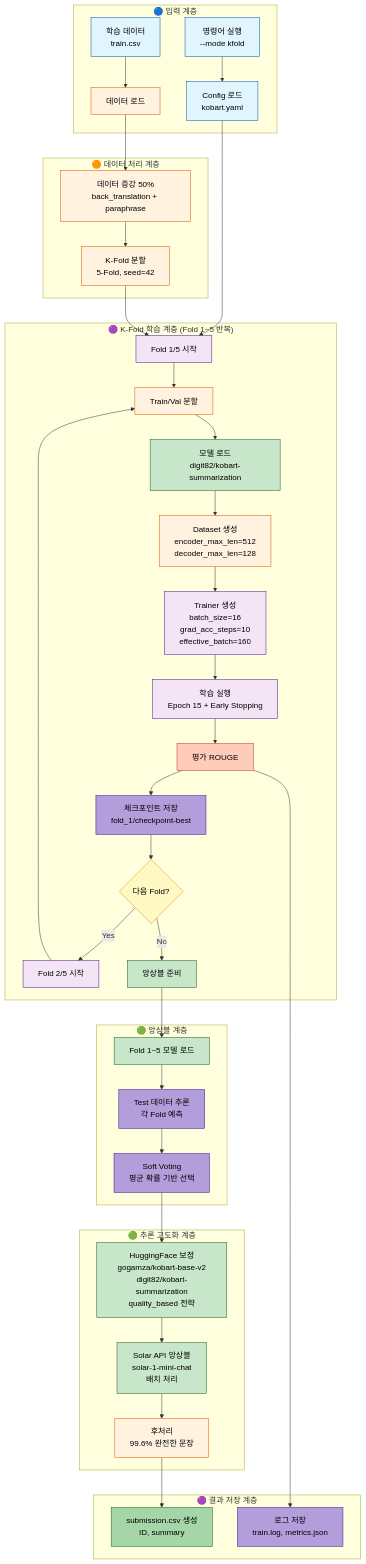
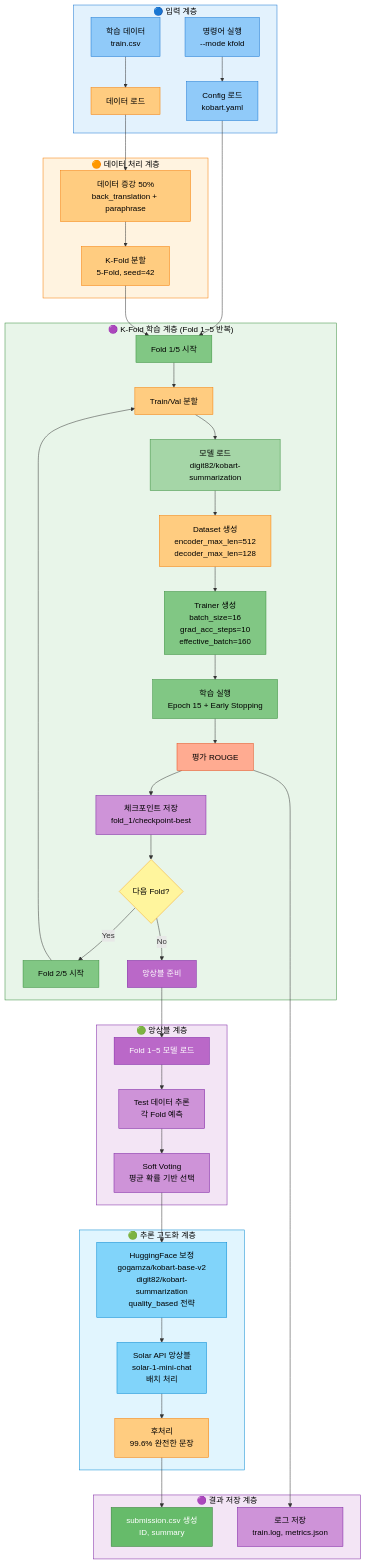
One commit to AIBootcamp14/naturallanguageprocessingcompetition-nlp-1 changed the third of 6 diagrams in docs/모듈화/04_02_KoBART_단일모델_최강_성능_전략.md. Above: the diagram before and after it, drawn with Mermaid. The commit also changed other lines of this file, not shown here.

Commit message:
docs: Mermaid 서브그래프 배경색 스타일 적용 전략 1 (Optuna) 및 전략 2 (K-Fold) 파이프라인 다이어그램에 Material Design 색상 팔레트 기반 서브그래프 배경색 추가 서브그래프 배경색: - 입력 계층 (input): #e3f2fd (light blue) - 데이터 처리 계층 (processing): #fff3e0 (light orange) - 최적화/학습 계층 (optimization/training): #e8f5e9 (light green) - 앙상블 계층 (ensemble): #f3e5f5 (light purple) - 추론 계층 (inference): #e1f5fe (light cyan) - 결과 계층 (results): #f3e5f5 (light purple) - 경고 (warning): #ffebee (light red) 노드 색상도 Material Design 팔레트에 맞게 업데이트 전략 3, 4는 간단한 graph LR 형식이므로 기존 노드 스타일 유지

````diff
--- a/docs/모듈화/04_02_KoBART_단일모델_최강_성능_전략.md
+++ b/docs/모듈화/04_02_KoBART_단일모델_최강_성능_전략.md
@@ -267,71 +273,78 @@
 ```mermaid
 graph TB
     subgraph input["🔵 입력 계층"]
         A[명령어 실행<br/>--mode kfold] --> B[Config 로드<br/>kobart.yaml]
         A1[학습 데이터<br/>train.csv] --> C[데이터 로드]
     end
 
     subgraph processing["🟠 데이터 처리 계층"]
         C --> D[데이터 증강 50%<br/>back_translation + paraphrase]
         D --> E[K-Fold 분할<br/>5-Fold, seed=42]
     end
 
     subgraph training["🟣 K-Fold 학습 계층 (Fold 1~5 반복)"]
         B --> F[Fold 1/5 시작]
         E --> F
         F --> G[Train/Val 분할]
         G --> H[모델 로드<br/>digit82/kobart-summarization]
         H --> I[Dataset 생성<br/>encoder_max_len=512<br/>decoder_max_len=128]
         I --> J[Trainer 생성<br/>batch_size=16<br/>grad_acc_steps=10<br/>effective_batch=160]
         J --> K[학습 실행<br/>Epoch 15 + Early Stopping]
         K --> L[평가 ROUGE]
         L --> M[체크포인트 저장<br/>fold_1/checkpoint-best]
         M --> N{다음 Fold?}
         N -->|Yes| O[Fold 2/5 시작]
         O --> G
         N -->|No| P[앙상블 준비]
     end
 
     subgraph ensemble["🟢 앙상블 계층"]
         P --> Q[Fold 1~5 모델 로드]
         Q --> R[Test 데이터 추론<br/>각 Fold 예측]
         R --> S[Soft Voting<br/>평균 확률 기반 선택]
     end
 
     subgraph inference["🟢 추론 고도화 계층"]
         S --> T[HuggingFace 보정<br/>gogamza/kobart-base-v2<br/>digit82/kobart-summarization<br/>quality_based 전략]
         T --> U[Solar API 앙상블<br/>solar-1-mini-chat<br/>배치 처리]
         U --> V[후처리<br/>99.6% 완전한 문장]
     end
 
     subgraph results["🟣 결과 저장 계층"]
         V --> W[submission.csv 생성<br/>ID, summary]
         L --> X[로그 저장<br/>train.log, metrics.json]
     end
 
-    style A fill:#e1f5ff,stroke:#01579b,color:#000
-    style A1 fill:#e1f5ff,stroke:#01579b,color:#000
-    style B fill:#e1f5ff,stroke:#01579b,color:#000
-    style C fill:#fff3e0,stroke:#e65100,color:#000
-    style D fill:#fff3e0,stroke:#e65100,color:#000
-    style E fill:#fff3e0,stroke:#e65100,color:#000
-    style F fill:#f3e5f5,stroke:#4a148c,color:#000
-    style G fill:#fff3e0,stroke:#e65100,color:#000
-    style H fill:#c8e6c9,stroke:#1b5e20,color:#000
-    style I fill:#fff3e0,stroke:#e65100,color:#000
-    style J fill:#f3e5f5,stroke:#4a148c,color:#000
-    style K fill:#f3e5f5,stroke:#4a148c,color:#000
-    style L fill:#ffccbc,stroke:#bf360c,color:#000
-    style M fill:#b39ddb,stroke:#311b92,color:#000
-    style N fill:#fff9c4,stroke:#f57f17,color:#000
-    style O fill:#f3e5f5,stroke:#4a148c,color:#000
-    style P fill:#c8e6c9,stroke:#1b5e20,color:#000
-    style Q fill:#c8e6c9,stroke:#1b5e20,color:#000
-    style R fill:#b39ddb,stroke:#311b92,color:#000
-    style S fill:#b39ddb,stroke:#311b92,color:#000
-    style T fill:#c8e6c9,stroke:#1b5e20,color:#000
-    style U fill:#c8e6c9,stroke:#1b5e20,color:#000
-    style V fill:#fff3e0,stroke:#e65100,color:#000
-    style W fill:#a5d6a7,stroke:#1b5e20,color:#000
-    style X fill:#b39ddb,stroke:#311b92,color:#000
+    style input fill:#e3f2fd,stroke:#1976d2,color:#000
+    style processing fill:#fff3e0,stroke:#f57c00,color:#000
+    style training fill:#e8f5e9,stroke:#388e3c,color:#000
+    style ensemble fill:#f3e5f5,stroke:#7b1fa2,color:#000
+    style inference fill:#e1f5fe,stroke:#0288d1,color:#000
+    style results fill:#f3e5f5,stroke:#7b1fa2,color:#000
+
+    style A fill:#90caf9,stroke:#1976d2,color:#000
+    style A1 fill:#90caf9,stroke:#1976d2,color:#000
+    style B fill:#90caf9,stroke:#1976d2,color:#000
+    style C fill:#ffcc80,stroke:#f57c00,color:#000
+    style D fill:#ffcc80,stroke:#f57c00,color:#000
+    style E fill:#ffcc80,stroke:#f57c00,color:#000
+    style F fill:#81c784,stroke:#388e3c,color:#000
+    style G fill:#ffcc80,stroke:#f57c00,color:#000
+    style H fill:#a5d6a7,stroke:#388e3c,color:#000
+    style I fill:#ffcc80,stroke:#f57c00,color:#000
+    style J fill:#81c784,stroke:#388e3c,color:#000
+    style K fill:#81c784,stroke:#388e3c,color:#000
+    style L fill:#ffab91,stroke:#e64a19,color:#000
+    style M fill:#ce93d8,stroke:#7b1fa2,color:#000
+    style N fill:#fff59d,stroke:#f9a825,color:#000
+    style O fill:#81c784,stroke:#388e3c,color:#000
+    style P fill:#ba68c8,stroke:#7b1fa2,color:#fff
+    style Q fill:#ba68c8,stroke:#7b1fa2,color:#fff
+    style R fill:#ce93d8,stroke:#7b1fa2,color:#000
+    style S fill:#ce93d8,stroke:#7b1fa2,color:#000
+    style T fill:#81d4fa,stroke:#0288d1,color:#000
+    style U fill:#81d4fa,stroke:#0288d1,color:#000
+    style V fill:#ffcc80,stroke:#f57c00,color:#000
+    style W fill:#66bb6a,stroke:#2e7d32,color:#fff
+    style X fill:#ce93d8,stroke:#7b1fa2,color:#000
 ```
````
